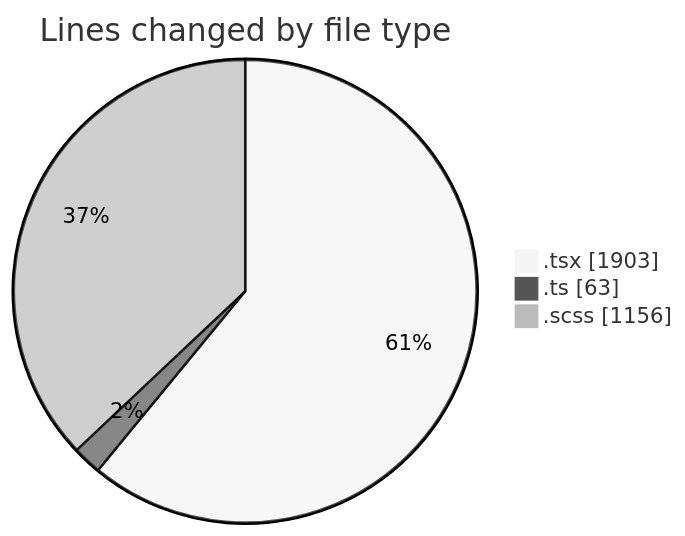
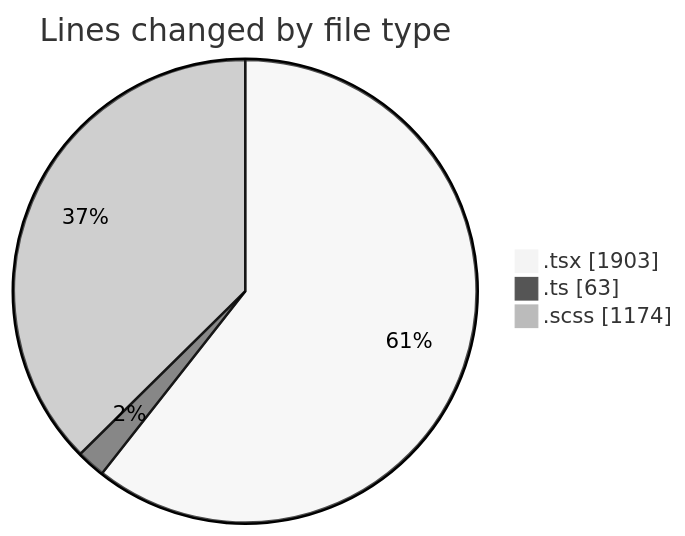
One commit to momahboobian/code-tracking changed the first of 2 diagrams in 2025-04-02/cda/README.md. Above: the diagram before and after it, drawn with Mermaid (neutral theme). The commit also changed other lines of this file and 1 other file, not shown here.

````diff
--- a/2025-04-02/cda/README.md
+++ b/2025-04-02/cda/README.md
@@ -30,7 +30,7 @@
 ```mermaid
 pie showData
 title Lines changed by file type
 ".tsx" : 1903
 ".ts" : 63
-".scss" : 1156
+".scss" : 1174
 ```
````
